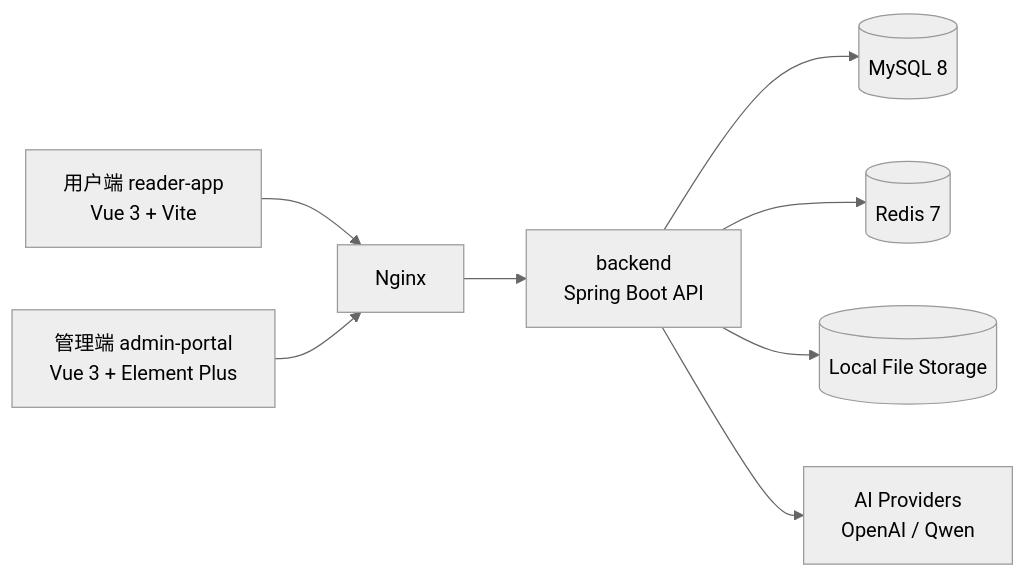
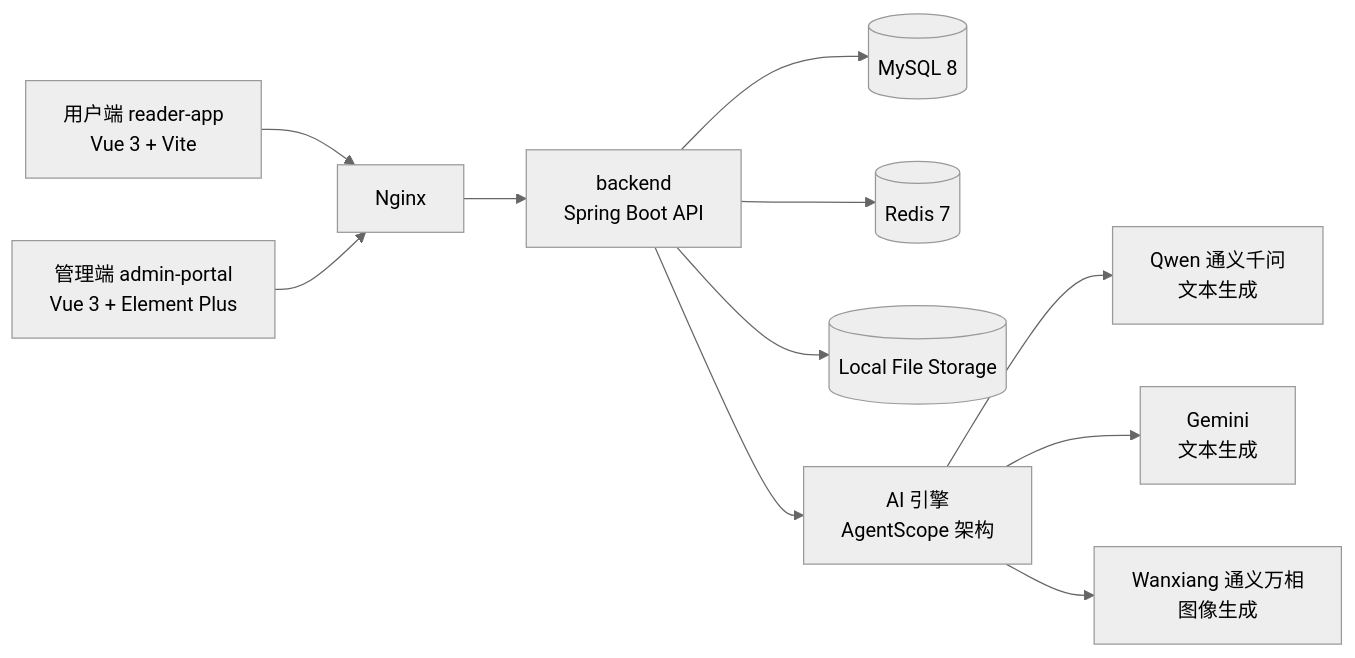
One commit to zhulaoqi/comicsai changed the first of 4 diagrams in README.md. Above: the diagram before and after it, drawn with Mermaid (neutral theme). The commit also changed other lines of this file, not shown here.

````diff
--- a/README.md
+++ b/README.md
@@ -87,19 +104,25 @@
 ```mermaid
 flowchart LR
     U[用户端 reader-app<br/>Vue 3 + Vite] --> N[Nginx]
     A[管理端 admin-portal<br/>Vue 3 + Element Plus] --> N
     N --> B[backend<br/>Spring Boot API]
     B --> M[(MySQL 8)]
     B --> R[(Redis 7)]
     B --> F[(Local File Storage)]
-    B --> P[AI Providers<br/>OpenAI / Qwen]
+    B --> AI[AI 引擎<br/>AgentScope 架构]
+    AI --> Q[Qwen 通义千问<br/>文本生成]
+    AI --> G[Gemini<br/>文本生成]
+    AI --> W[Wanxiang 通义万相<br/>图像生成]
 
     click U "./reader-app" "查看用户端代码"
     click A "./admin-portal" "查看管理端代码"
     click N "./nginx.conf" "查看 Nginx 配置"
     click B "./backend" "查看后端代码"
     click M "./backend/src/main/resources/application.yml" "查看数据库配置"
     click R "./backend/src/main/resources/application.yml" "查看 Redis 配置"
     click F "./backend/src/main/resources/application.yml" "查看文件存储配置"
-    click P "./backend/src/main/resources/application.yml" "查看 AI Provider 配置"
+    click AI "./backend/src/main/java/com/comicsai/ai" "查看 AI 引擎代码"
+    click Q "./backend/src/main/java/com/comicsai/ai/model/qwen" "查看 Qwen 实现"
+    click G "./backend/src/main/java/com/comicsai/ai/model/gemini" "查看 Gemini 实现"
+    click W "./backend/src/main/java/com/comicsai/ai/model/qwen/WanxiangImageModel.java" "查看万相实现"
 ```
````
